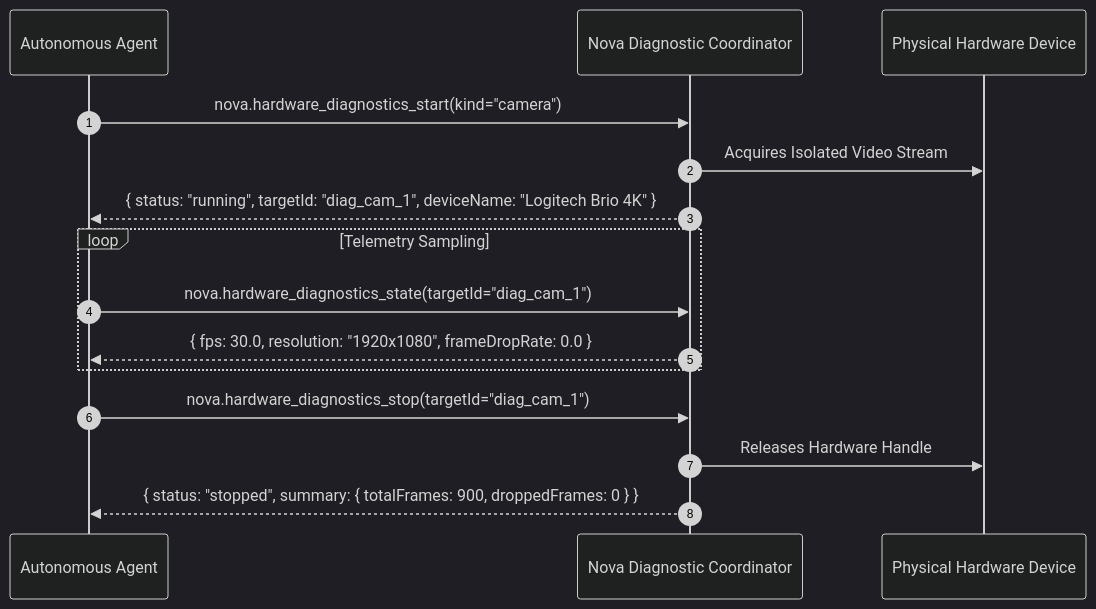
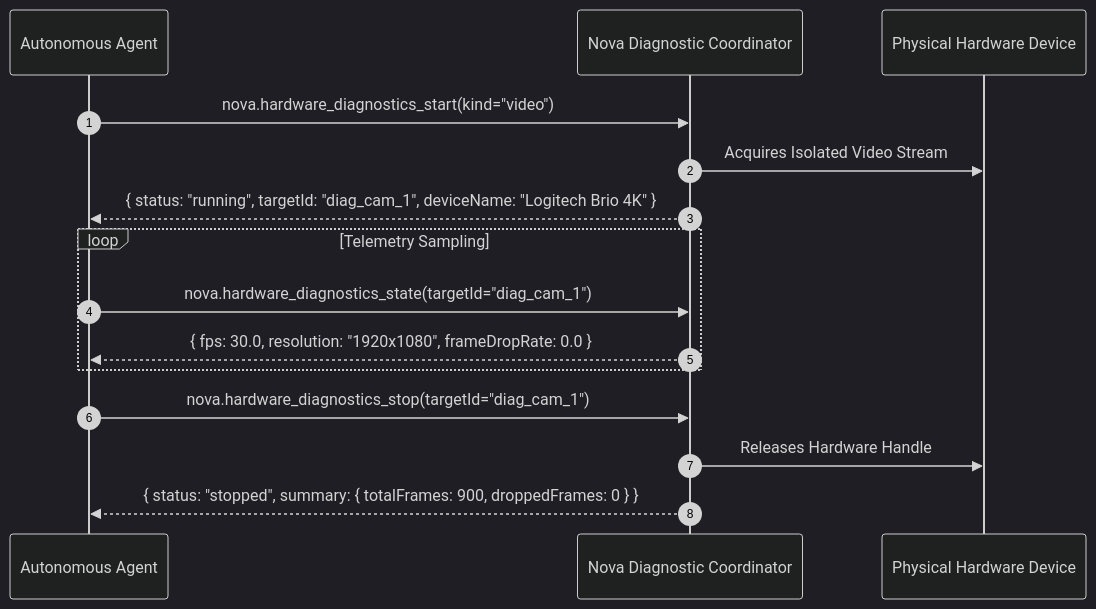
One commit to joelaniol/nova changed the second of 2 diagrams in docs/core-features/media-intelligence/devices-and-permissions/hardware-routing-and-diagnostics/README.md. Above: the diagram before and after it, drawn with Mermaid (dark theme). The commit also changed 128 other files, not shown here.

````diff
--- a/docs/core-features/media-intelligence/devices-and-permissions/hardware-routing-and-diagnostics/README.md
+++ b/docs/core-features/media-intelligence/devices-and-permissions/hardware-routing-and-diagnostics/README.md
@@ -41,20 +41,20 @@
 ```mermaid
 sequenceDiagram
     autonumber
     participant Agent as Autonomous Agent
     participant Nova as Nova Diagnostic Coordinator
     participant Hardware as Physical Hardware Device
 
-    Agent->>Nova: nova.hardware_diagnostics_start(kind="camera")
+    Agent->>Nova: nova.hardware_diagnostics_start(kind="video")
     Nova->>Hardware: Acquires Isolated Video Stream
     Nova-->>Agent: { status: "running", targetId: "diag_cam_1", deviceName: "Logitech Brio 4K" }
 
     loop Telemetry Sampling
         Agent->>Nova: nova.hardware_diagnostics_state(targetId="diag_cam_1")
         Nova-->>Agent: { fps: 30.0, resolution: "1920x1080", frameDropRate: 0.0 }
     end
 
     Agent->>Nova: nova.hardware_diagnostics_stop(targetId="diag_cam_1")
     Nova->>Hardware: Releases Hardware Handle
     Nova-->>Agent: { status: "stopped", summary: { totalFrames: 900, droppedFrames: 0 } }
 ```
````
